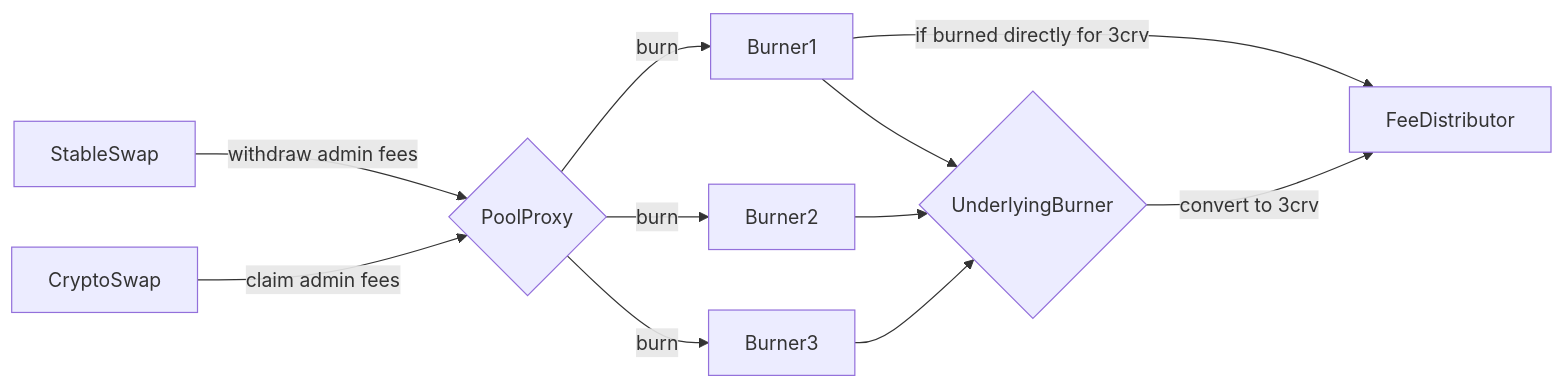
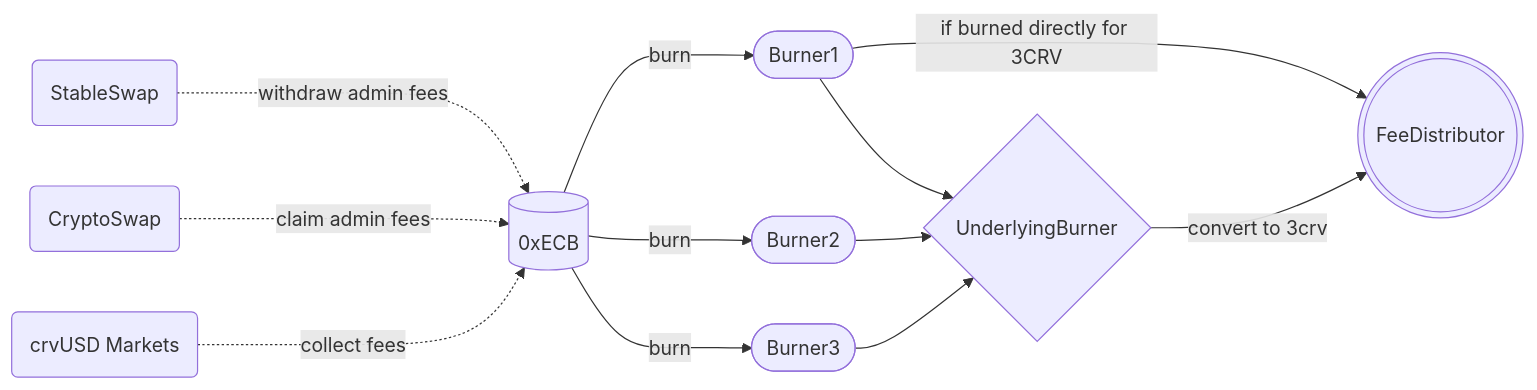
Before and after one commit to CurveDocs/curve-docs: the diagram in docs/curve_dao/fee-collection-distribution/burner.md, drawn with Mermaid.

Commit message:
update flow chart

````diff
--- a/docs/curve_dao/fee-collection-distribution/burner.md
+++ b/docs/curve_dao/fee-collection-distribution/burner.md
@@ -11,13 +11,18 @@
 ```mermaid
-graph LR
-  A[StableSwap] -->|withdraw admin fees| PoolProxy[PoolProxy];
-  v2[CryptoSwap] --> |claim admin fees| PoolProxy[PoolProxy];
-  PoolProxy{PoolProxy} -->|burn| Burner1[Burner1];
-  PoolProxy -->|burn| Burner2[Burner2];
-  PoolProxy -->|burn| Burner3[Burner3];
-  Burner1[Burner1] --> UnderlyingBurner[UnderlyingBurner]
-  Burner1[Burner1] --> |if burned directly for 3crv| FeeDistributor[FeeDistributor]
-  Burner2[Burner2] --> UnderlyingBurner[UnderlyingBurner]
-  Burner3[Burner3] --> UnderlyingBurner[UnderlyingBurner]
-  UnderlyingBurner{UnderlyingBurner} --> |convert to 3crv| FeeDistributor[FeeDistributor]
+flowchart LR
+
+  p[(0xECB)]
+  v1(StableSwap) ..->|withdraw admin fees| p;
+  v2(CryptoSwap) ..-> |claim admin fees| p;
+  crvUSD(crvUSD Markets) ..-> |collect fees| p;
+
+  p --->|burn| b1([Burner1]);
+  p -->|burn| b2([Burner2]);
+  p -->|burn| b3([Burner3]);
+
+  b1 --> UnderlyingBurner[UnderlyingBurner]
+  b1 --> |if burned directly for 3CRV| fd(((FeeDistributor)))
+  b2 --> UnderlyingBurner[UnderlyingBurner]
+  b3 --> UnderlyingBurner[UnderlyingBurner]
+  UnderlyingBurner{UnderlyingBurner} --> |convert to 3crv| fd
 ```
````
